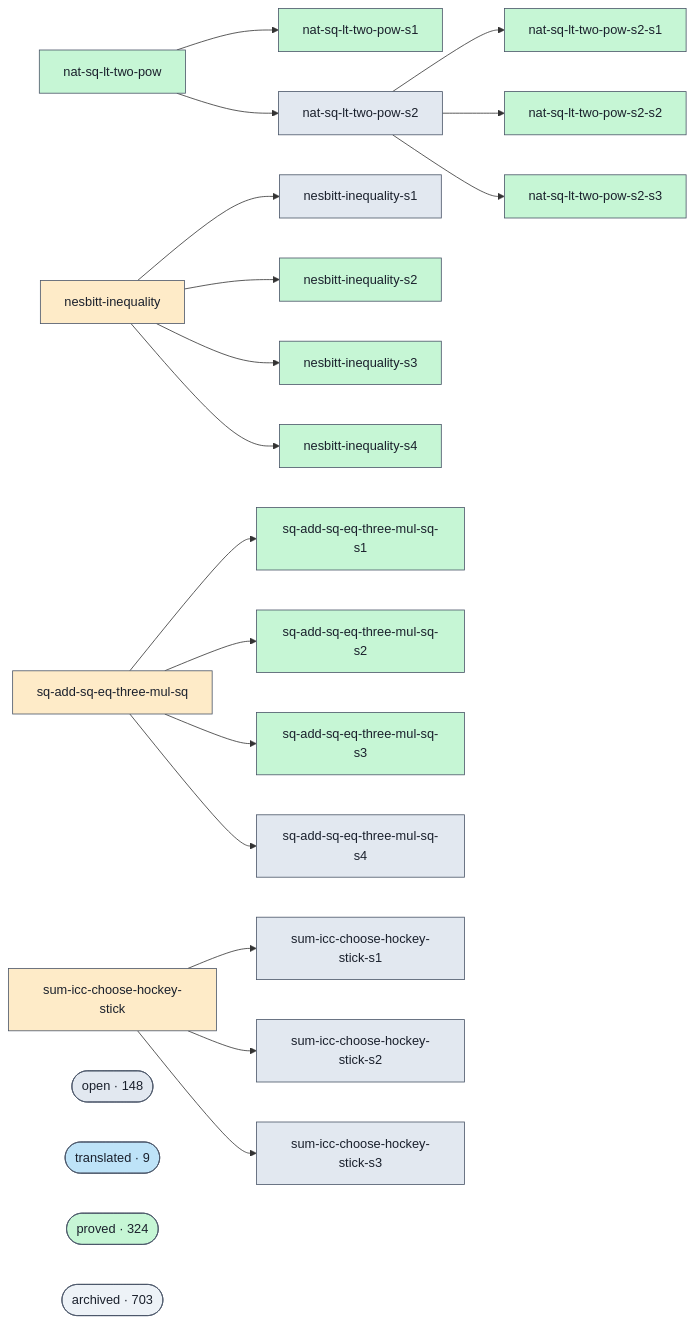
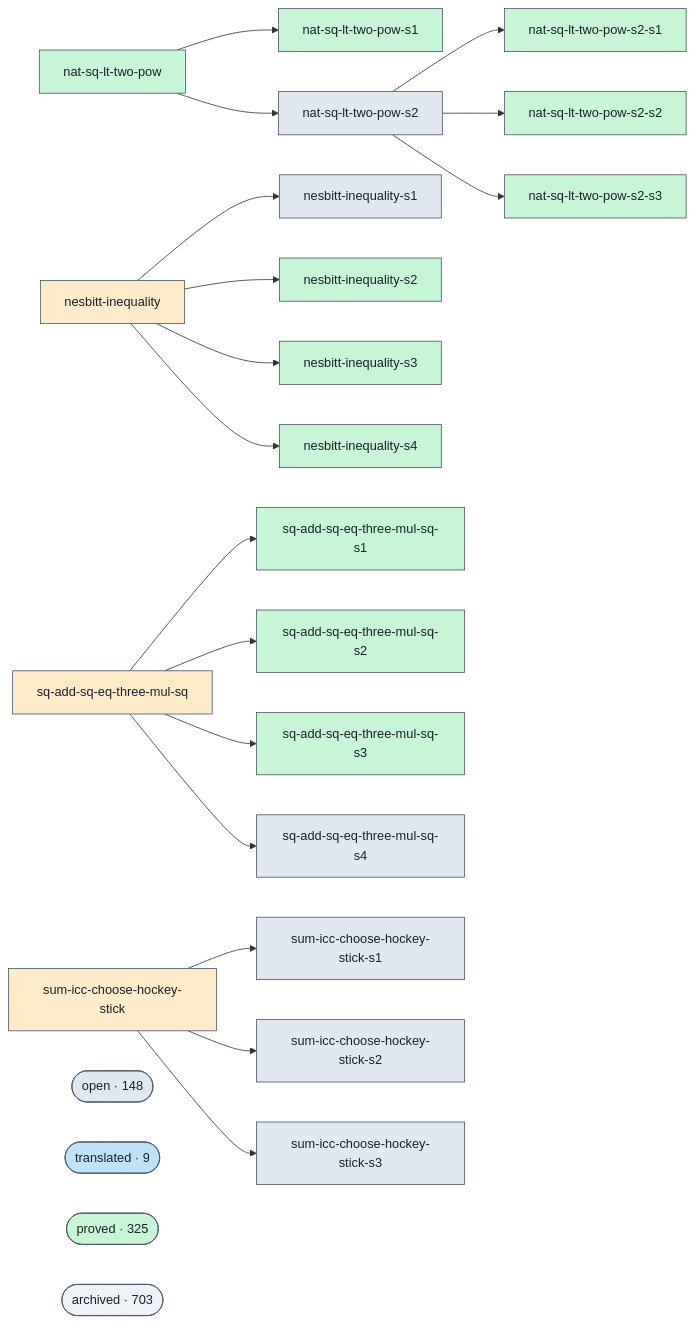
The diagram in docs/proofs-contributors-visualisation.md (Rauxon/unsorry), drawn with Mermaid before and after one commit. The commit also changed other lines of this file and 2 other files, not shown here.

```diff
--- a/docs/proofs-contributors-visualisation.md
+++ b/docs/proofs-contributors-visualisation.md
@@ -102,7 +102,7 @@
   class cluster_open open;
   cluster_translated(["translated · 9"])
   class cluster_translated translated;
-  cluster_proved(["proved · 324"])
+  cluster_proved(["proved · 325"])
   class cluster_proved proved;
   cluster_archived(["archived · 703"])
   class cluster_archived unknown;
```
